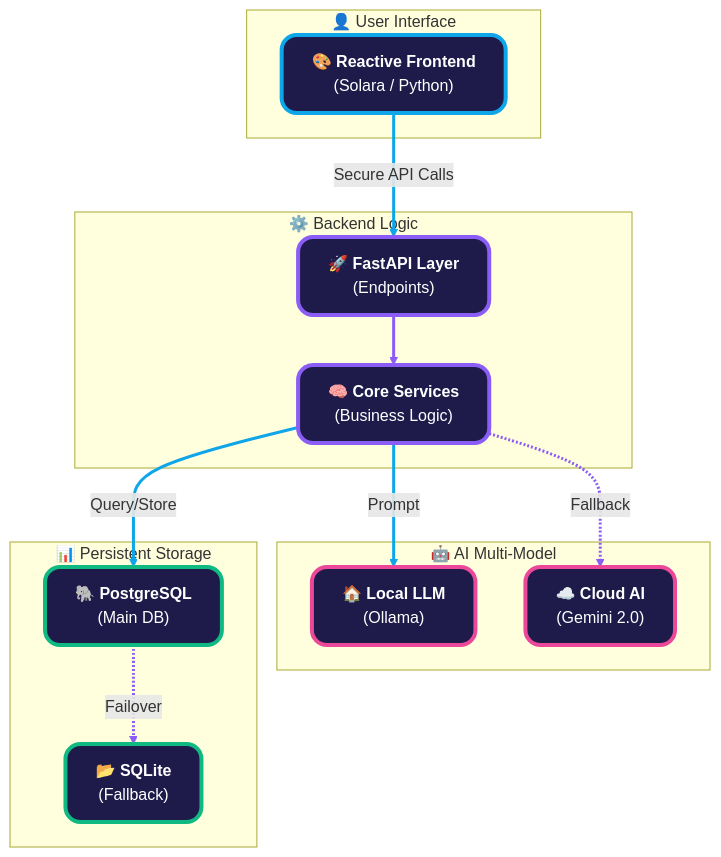
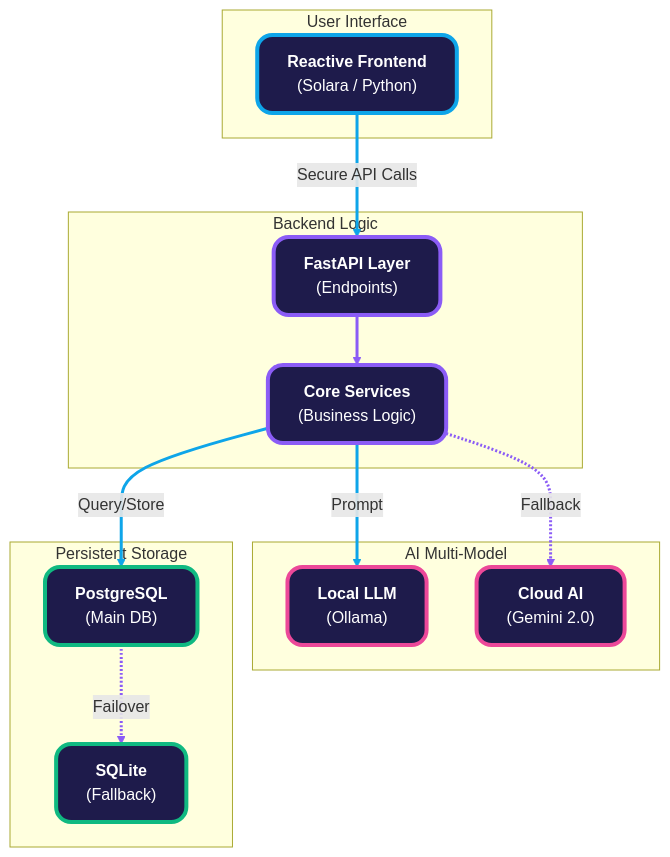
The first of 2 diagrams in README.md (keshavmishra27/BlueprintAI), drawn with Mermaid before and after one commit. The commit also changed other lines of this file and 7 other files, not shown here.

````diff
--- a/README.md
+++ b/README.md
@@ -24,40 +24,40 @@
 ```mermaid
 graph TD
     %% Styling for High Contrast Neon
     classDef frontend fill:#1e1b4b,stroke:#0ea5e9,stroke-width:4px,color:#fff,rx:15,ry:15;
     classDef backend fill:#1e1b4b,stroke:#8b5cf6,stroke-width:4px,color:#fff,rx:15,ry:15;
     classDef ai fill:#1e1b4b,stroke:#ec4899,stroke-width:4px,color:#fff,rx:15,ry:15;
     classDef db fill:#1e1b4b,stroke:#10b981,stroke-width:4px,color:#fff,rx:15,ry:15;
     classDef cloud fill:#1e1b4b,stroke:#f59e0b,stroke-width:4px,color:#fff,rx:15,ry:15;
 
-    subgraph UserZone ["👤 User Interface"]
-        UI["🎨 <b>Reactive Frontend</b><br/>(Solara / Python)"]:::frontend
+    subgraph UserZone [" User Interface"]
+        UI[" <b>Reactive Frontend</b><br/>(Solara / Python)"]:::frontend
     end
 
-    subgraph ServiceZone ["⚙️ Backend Logic"]
-        API["🚀 <b>FastAPI Layer</b><br/>(Endpoints)"]:::backend
-        Biz["🧠 <b>Core Services</b><br/>(Business Logic)"]:::backend
+    subgraph ServiceZone [" Backend Logic"]
+        API["<b>FastAPI Layer</b><br/>(Endpoints)"]:::backend
+        Biz[" <b>Core Services</b><br/>(Business Logic)"]:::backend
     end
 
-    subgraph IntelligenceZone ["🤖 AI Multi-Model"]
-        Ollama["🏠 <b>Local LLM</b><br/>(Ollama)"]:::ai
-        Gemini["☁️ <b>Cloud AI</b><br/>(Gemini 2.0)"]:::ai
+    subgraph IntelligenceZone [" AI Multi-Model"]
+        Ollama[" <b>Local LLM</b><br/>(Ollama)"]:::ai
+        Gemini[" <b>Cloud AI</b><br/>(Gemini 2.0)"]:::ai
     end
 
-    subgraph DataZone ["📊 Persistent Storage"]
-        PG["🐘 <b>PostgreSQL</b><br/>(Main DB)"]:::db
-        SQL["📂 <b>SQLite</b><br/>(Fallback)"]:::db
+    subgraph DataZone ["Persistent Storage"]
+        PG["<b>PostgreSQL</b><br/>(Main DB)"]:::db
+        SQL[" <b>SQLite</b><br/>(Fallback)"]:::db
     end
 
     %% Flow Connections with Neon Styling
     UI ==>|Secure API Calls| API
     API --> Biz
     Biz ==>|Query/Store| PG
     PG -.->|Failover| SQL
     Biz ==>|Prompt| Ollama
     Biz -.->|Fallback| Gemini
 
     %% Link Styling
     linkStyle 0,2,4 stroke:#0ea5e9,stroke-width:3px;
     linkStyle 1,3,5 stroke:#8b5cf6,stroke-width:3px;
 ```
````
